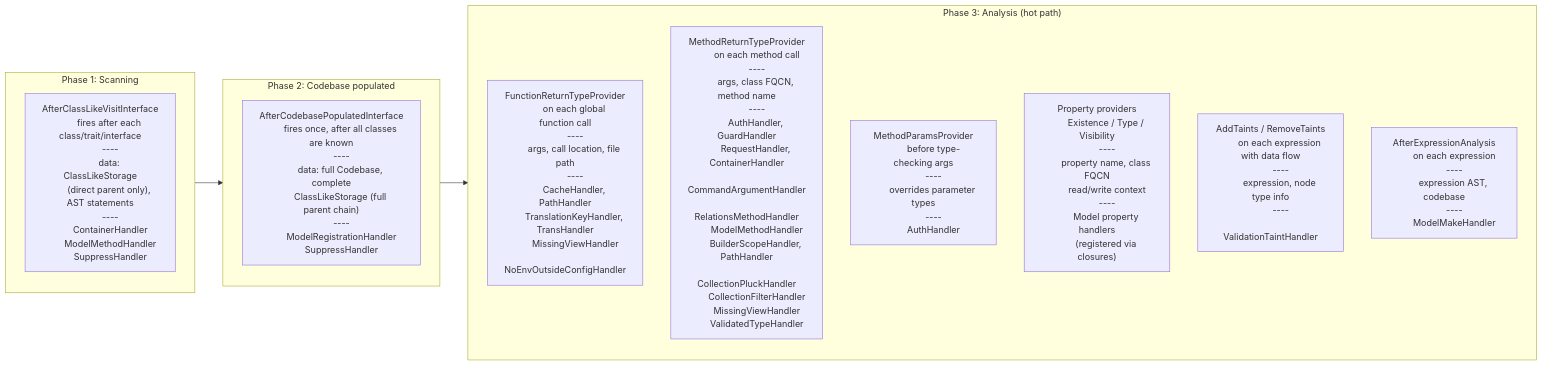
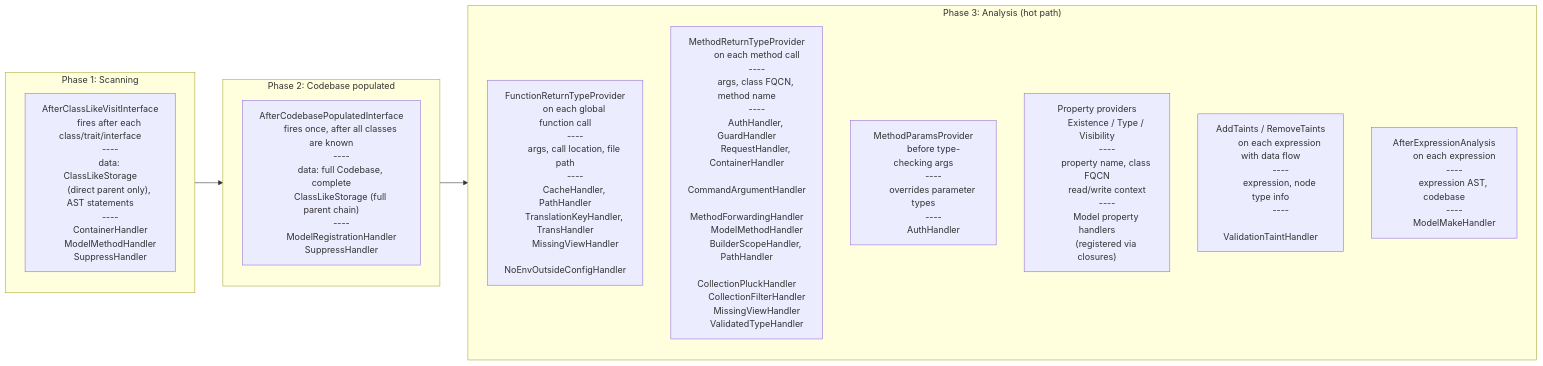
One commit to psalm/psalm-plugin-laravel changed the second of 2 diagrams in docs/contributing/README.md. Above: the diagram before and after it, drawn with Mermaid. The commit also changed other lines of this file and 10 other files, not shown here.

```diff
--- a/docs/contributing/README.md
+++ b/docs/contributing/README.md
@@ -170,7 +171,7 @@
         AuthHandler, GuardHandler
         RequestHandler, ContainerHandler
         CommandArgumentHandler
-        RelationsMethodHandler
+        MethodForwardingHandler
         ModelMethodHandler
         BuilderScopeHandler, PathHandler
         CollectionPluckHandler
```
